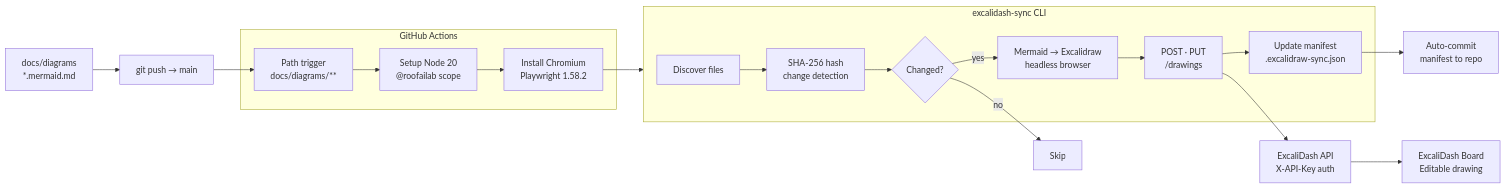
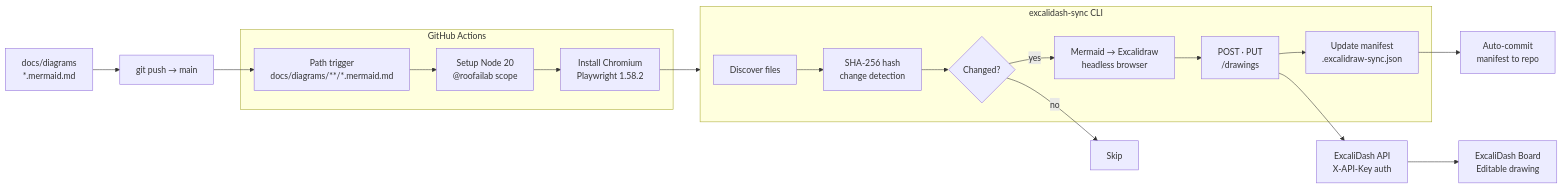
The diagram in docs/diagrams/sync-pipeline.mermaid.md (roofailab/ExcaliDash), drawn with Mermaid before and after one commit. The commit also changed 2 other files, not shown here.

Commit message:
fix: address coderabbit feedback on force_resync and diagram accuracy
- Guard force_resync jq step with file-existence check to avoid failure
  on first run when .excalidraw-sync.json hasn't been committed yet
- Fix sync-pipeline diagram trigger node to show full glob pattern

````diff
--- a/docs/diagrams/sync-pipeline.mermaid.md
+++ b/docs/diagrams/sync-pipeline.mermaid.md
@@ -5,36 +5,36 @@
 ```mermaid
 flowchart LR
     Files[docs/diagrams\n*.mermaid.md]
     Push[git push → main]
 
     subgraph GHA[GitHub Actions]
-        Trigger[Path trigger\ndocs/diagrams/**]
+        Trigger[Path trigger\ndocs/diagrams/**/*.mermaid.md]
         Node[Setup Node 20\n@roofailab scope]
         Playwright[Install Chromium\nPlaywright 1.58.2]
     end
 
     subgraph CLI[excalidash-sync CLI]
         Discover[Discover files]
         Hash[SHA-256 hash\nchange detection]
         Check{Changed?}
         Convert[Mermaid → Excalidraw\nheadless browser]
         UPSERT[POST · PUT\n/drawings]
         Manifest[Update manifest\n.excalidraw-sync.json]
     end
 
     API[ExcaliDash API\nX-API-Key auth]
     Board[ExcaliDash Board\nEditable drawing]
     Commit[Auto-commit\nmanifest to repo]
 
     Files --> Push
     Push --> Trigger
     Trigger --> Node --> Playwright --> CLI
 
     Discover --> Hash --> Check
     Check -->|yes| Convert
     Check -->|no| Skip[Skip]
     Convert --> UPSERT --> Manifest
 
     UPSERT --> API --> Board
     Manifest --> Commit
 ```
````
